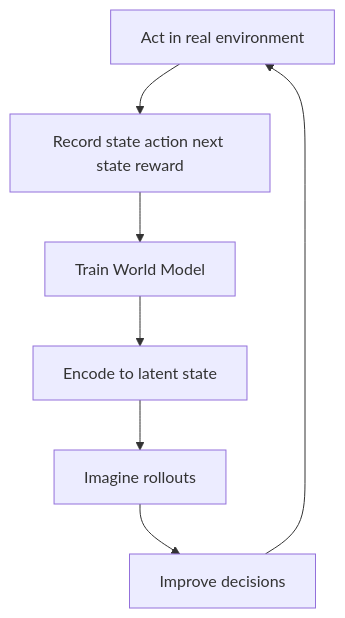
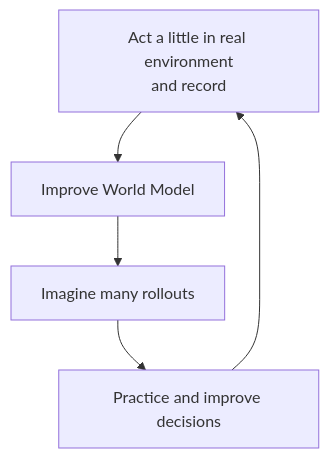
The third of 3 diagrams in notes/step-17-frontier-ideas-in-ai/220-how-do-world-models-work.md (kaisarnajar/outcome-school-blogs), drawn with Mermaid before and after one commit. The commit also changed other lines of this file and 233 other files, not shown here.

````diff
--- a/notes/step-17-frontier-ideas-in-ai/220-how-do-world-models-work.md
+++ b/notes/step-17-frontier-ideas-in-ai/220-how-do-world-models-work.md
@@ -35,9 +93,7 @@
 ```mermaid
 flowchart TD
-    A["Act in real environment"] --> B["Record state action next state reward"]
-    B --> C["Train World Model"]
-    C --> D["Encode to latent state"]
-    D --> E["Imagine rollouts"]
-    E --> F["Improve decisions"]
-    F --> A
+  R1["Act a little in real environment<br/>and record"] --> M1["Improve World Model"]
+  M1 --> I1["Imagine many rollouts"]
+  I1 --> P1["Practice and improve decisions"]
+  P1 --> R1
 ```
````
